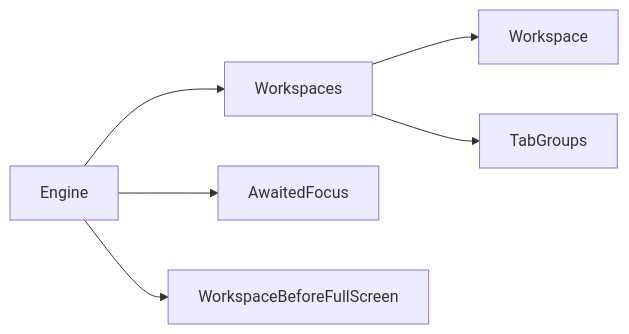
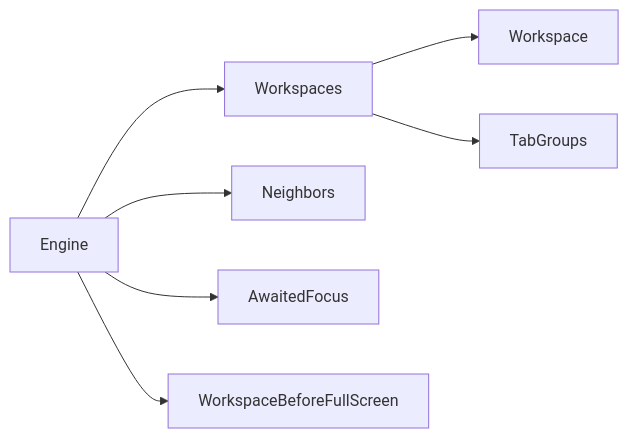
One commit to brennovich/ottowm changed the fourth of 17 diagrams in ARCHITECTURE.md. Above: the diagram before and after it, drawn with Mermaid. The commit also changed other lines of this file and 15 other files, not shown here.

````diff
--- a/ARCHITECTURE.md
+++ b/ARCHITECTURE.md
@@ -100,8 +102,9 @@
 ```mermaid
 flowchart LR
     Engine --> Workspaces
+    Engine --> Neighbors
     Engine --> AwaitedFocus
     Engine --> WorkspaceBeforeFullScreen
     Workspaces --> Workspace
     Workspaces --> TabGroups
 ```
````
